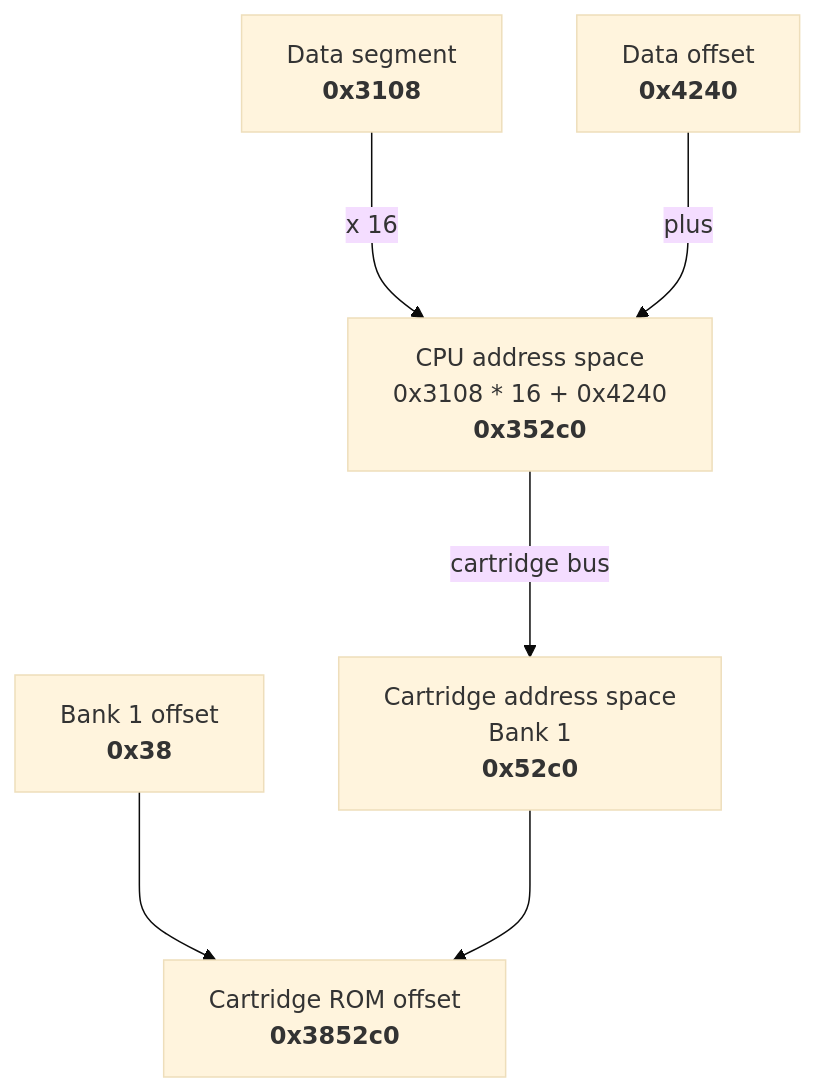
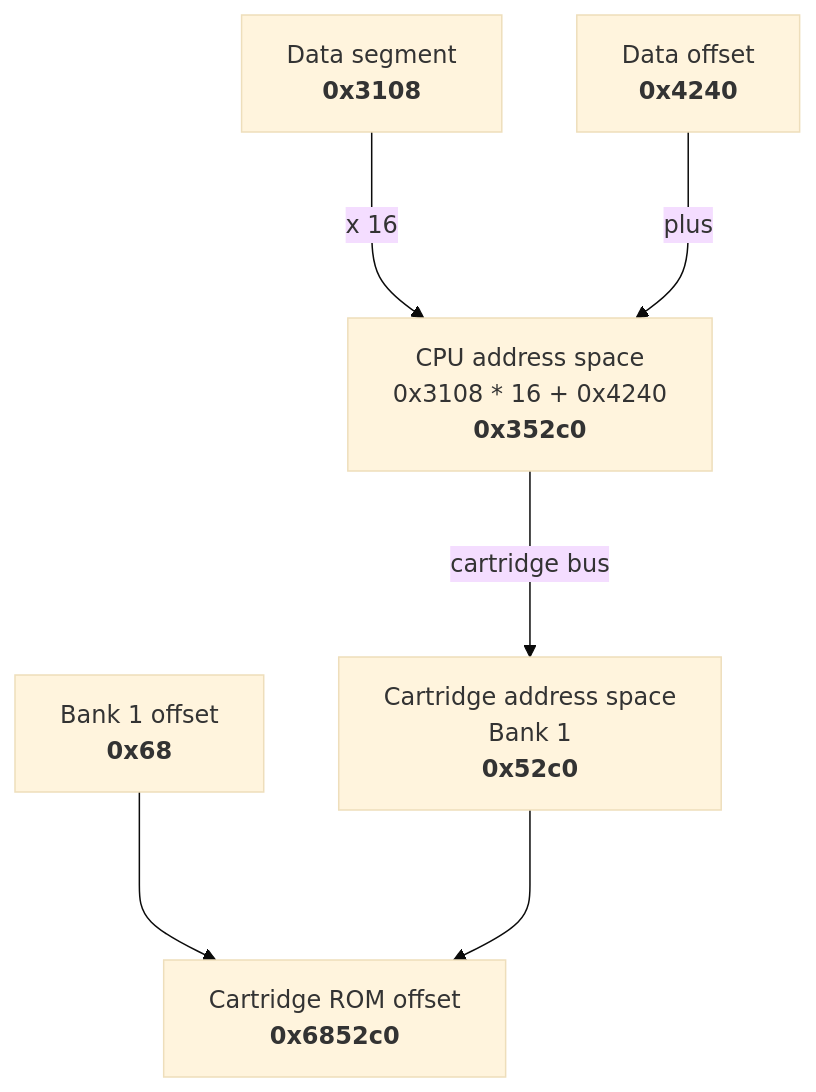
Before and after one commit to Alto-27/target-wswan-guide: the second of 2 diagrams in docs/tutorial/hardware-overview.md, drawn with Mermaid (base theme). The commit also changed other lines of this file, not shown here.

````diff
--- a/docs/tutorial/hardware-overview.md
+++ b/docs/tutorial/hardware-overview.md
@@ -125,9 +125,9 @@
 ``` mermaid
 graph TD
 A[Data segment<br><b>0x3108</b>] --->|x 16| C
 B[Data offset<br><b>0x4240</b>] --->|plus| C
 C[CPU address space<br>0x3108 * 16 + 0x4240<br><b>0x352c0</b>] --->|cartridge bus| E
-D[Bank 1 offset<br><b>0x38</b>] ---> F
+D[Bank 1 offset<br><b>0x68</b>] ---> F
 E[Cartridge address space<br>Bank 1<br><b>0x52c0</b>] ---> F
-F[Cartridge ROM offset<br><b>0x3852c0</b>]
+F[Cartridge ROM offset<br><b>0x6852c0</b>]
 ```
````
